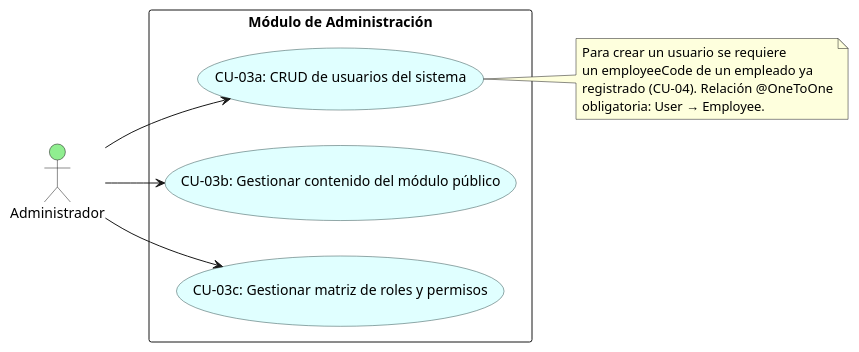
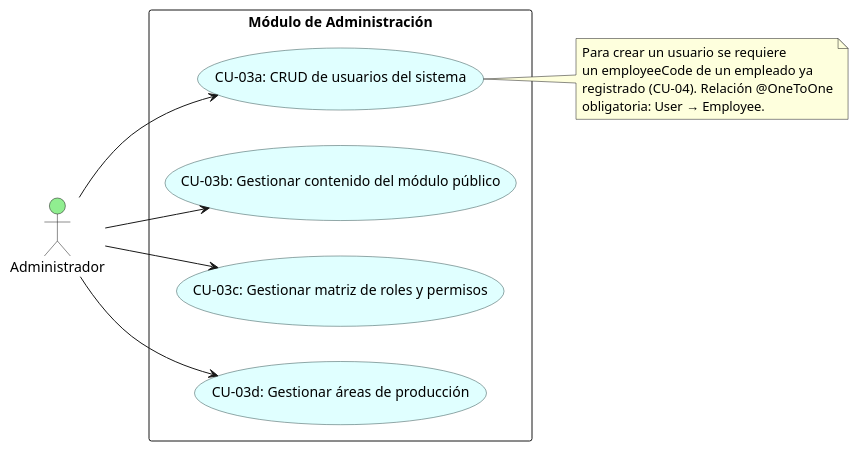
One commit to ElianMMCode/Zone-Control changed the diagram in docs/diagramas/casos_uso/03_modulo_administracion.puml. Above: the diagram before and after it, drawn with PlantUML. The commit also changed 20 other files, not shown here.

```diff
--- a/docs/diagramas/casos_uso/03_modulo_administracion.puml
+++ b/docs/diagramas/casos_uso/03_modulo_administracion.puml
@@ -1,28 +1,30 @@
 @startuml
 skinparam usecase {
     BackgroundColor LightCyan
     BorderColor DarkSlateGray
 }
 skinparam packageStyle rectangle
 left to right direction
 
 actor "Administrador" as Admin #LightGreen
 
 package "Módulo de Administración" {
     usecase "CU-03a: CRUD de usuarios del sistema" as UC_Admin1
     usecase "CU-03b: Gestionar contenido del módulo público" as UC_Admin2
     usecase "CU-03c: Gestionar matriz de roles y permisos" as UC_Admin3
+    usecase "CU-03d: Gestionar áreas de producción" as UC_Admin4
 }
 
 Admin --> UC_Admin1
 Admin --> UC_Admin2
 Admin --> UC_Admin3
+Admin --> UC_Admin4
 
 note right of UC_Admin1
   Para crear un usuario se requiere
   un employeeCode de un empleado ya
   registrado (CU-04). Relación @OneToOne
   obligatoria: User → Employee.
 end note
 
 @enduml
```
